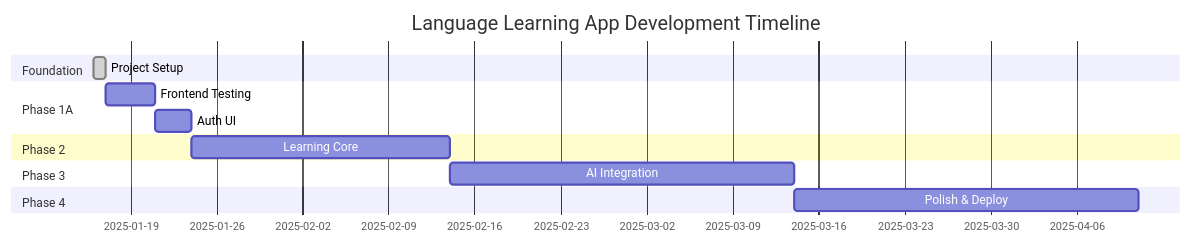
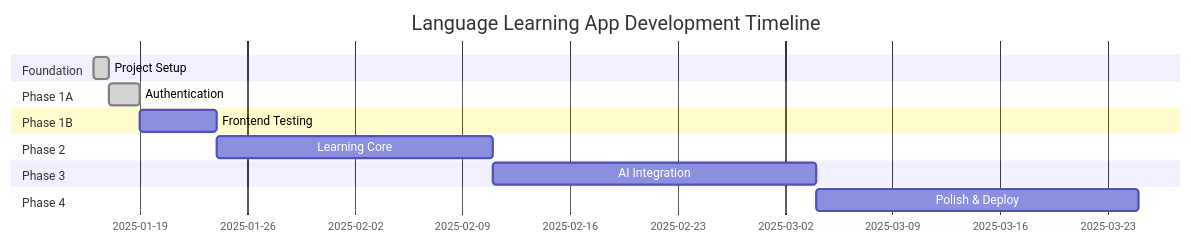
The diagram in MILESTONE_TRACKER.md (Kirito70/sppechify), drawn with Mermaid before and after one commit. The commit also changed other lines of this file and 2 other files, not shown here.

````diff
--- a/MILESTONE_TRACKER.md
+++ b/MILESTONE_TRACKER.md
@@ -211,20 +252,22 @@
 ```mermaid
 gantt
     title Language Learning App Development Timeline
     dateFormat  YYYY-MM-DD
     section Foundation
     Project Setup      :done, foundation, 2025-01-16, 1d
     
     section Phase 1A
-    Frontend Testing   :phase1a, 2025-01-17, 4d
-    Auth UI            :auth-ui, after phase1a, 3d
+    Authentication     :done, auth, 2025-01-17, 2d
+    
+    section Phase 1B
+    Frontend Testing   :phase1b, 2025-01-19, 5d
     
     section Phase 2  
-    Learning Core      :phase2, after auth-ui, 21d
+    Learning Core      :phase2, after phase1b, 18d
     
     section Phase 3
-    AI Integration     :phase3, after phase2, 28d
+    AI Integration     :phase3, after phase2, 21d
     
     section Phase 4
-    Polish & Deploy    :deploy, after phase3, 28d
+    Polish & Deploy    :deploy, after phase3, 21d
 ```
````
